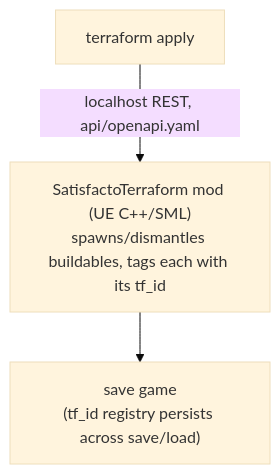
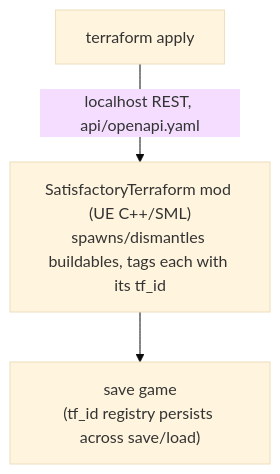
The diagram in README.md (daroco/terraform-provider-satisfactory), drawn with Mermaid (base theme) before and after one commit. The commit also changed other lines of this file and 2 other files, not shown here.

First line of the commit message:
docs: add end-to-end lifecycle diagrams; fix stale mod name in two diagrams

````diff
--- a/README.md
+++ b/README.md
@@ -28,5 +28,5 @@
 ```mermaid
 flowchart TD
-    A["terraform apply"] -->|"localhost REST, api/openapi.yaml"| B["SatisfactoTerraform mod (UE C++/SML)<br/>spawns/dismantles buildables, tags each with its tf_id"]
+    A["terraform apply"] -->|"localhost REST, api/openapi.yaml"| B["SatisfactoryTerraform mod (UE C++/SML)<br/>spawns/dismantles buildables, tags each with its tf_id"]
     B --> C["save game<br/>(tf_id registry persists across save/load)"]
 ```
````
